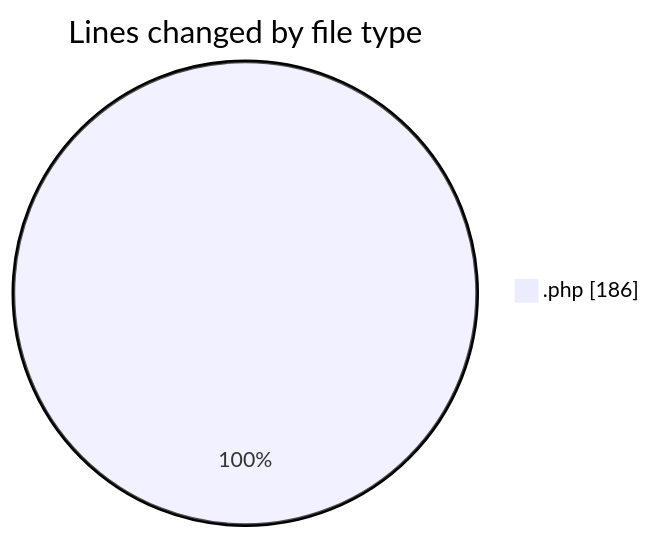
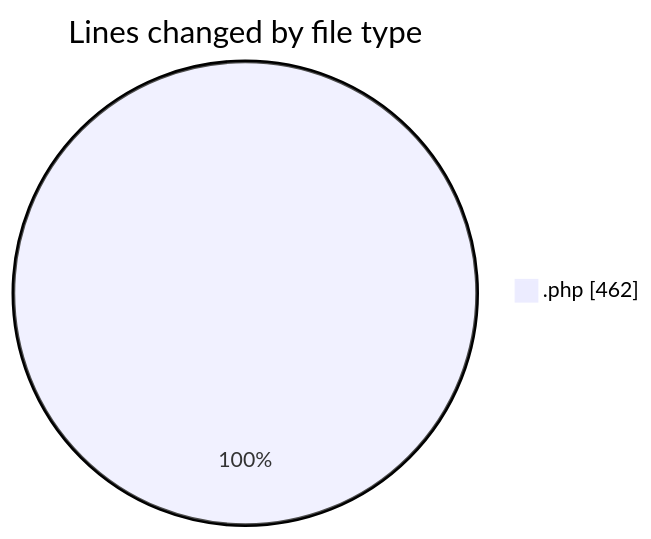
One commit to LanceThiago/code-tracking changed the first of 2 diagrams in 2025-02-19/web/README.md. Above: the diagram before and after it, drawn with Mermaid. The commit also changed other lines of this file and 1 other file, not shown here.

````diff
--- a/2025-02-19/web/README.md
+++ b/2025-02-19/web/README.md
@@ -23,5 +25,5 @@
 ```mermaid
 pie showData
 title Lines changed by file type
-".php" : 186
+".php" : 462
 ```
````
